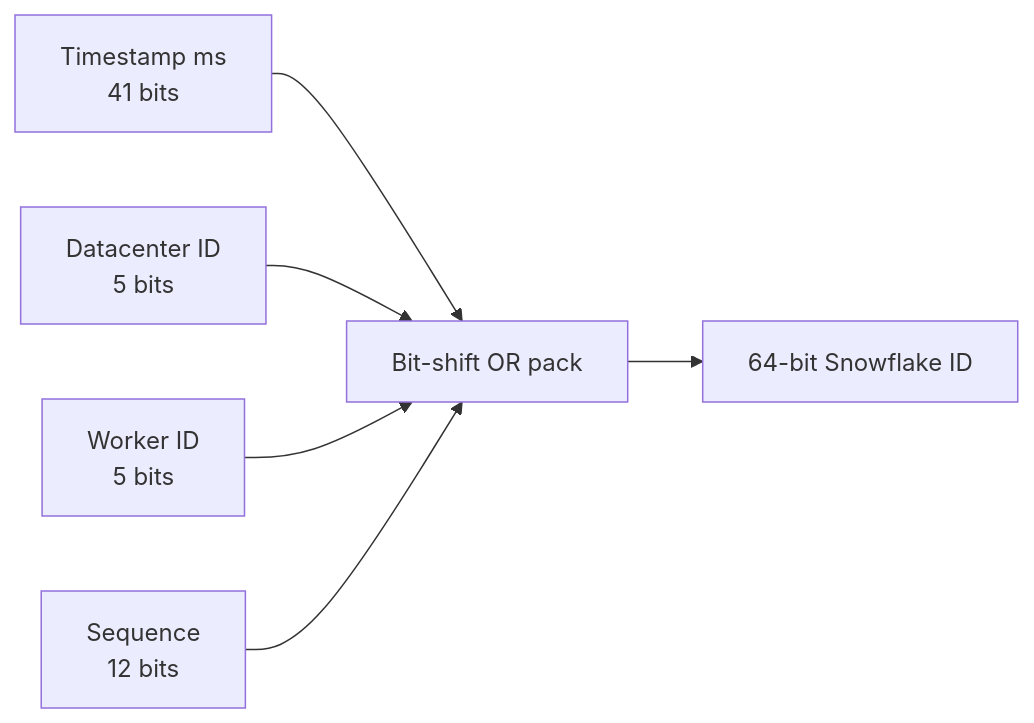
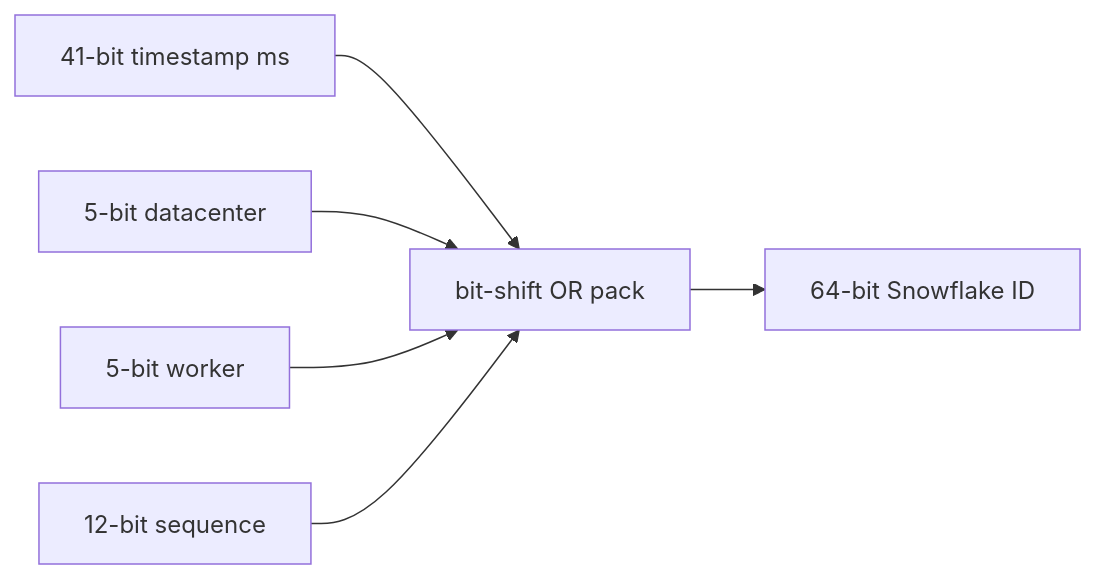
One commit to hareramcse/SystemDesign changed diagram 13 of 15 in 13-advanced-topics/README.md. Above: the diagram before and after it, drawn with Mermaid. The commit also changed other lines of this file, not shown here.

````diff
--- a/13-advanced-topics/README.md
+++ b/13-advanced-topics/README.md
@@ -2531,8 +2548,8 @@
 ```mermaid
 flowchart LR
-    TS["Timestamp ms<br/>41 bits"] --> PACK["Bit-shift OR pack"]
-    DC["Datacenter ID<br/>5 bits"] --> PACK
-    WK["Worker ID<br/>5 bits"] --> PACK
-    SQ["Sequence<br/>12 bits"] --> PACK
+    TS["41-bit timestamp ms"] --> PACK["bit-shift OR pack"]
+    DC["5-bit datacenter"] --> PACK
+    WK["5-bit worker"] --> PACK
+    SQ["12-bit sequence"] --> PACK
     PACK --> ID["64-bit Snowflake ID"]
 ```
````
